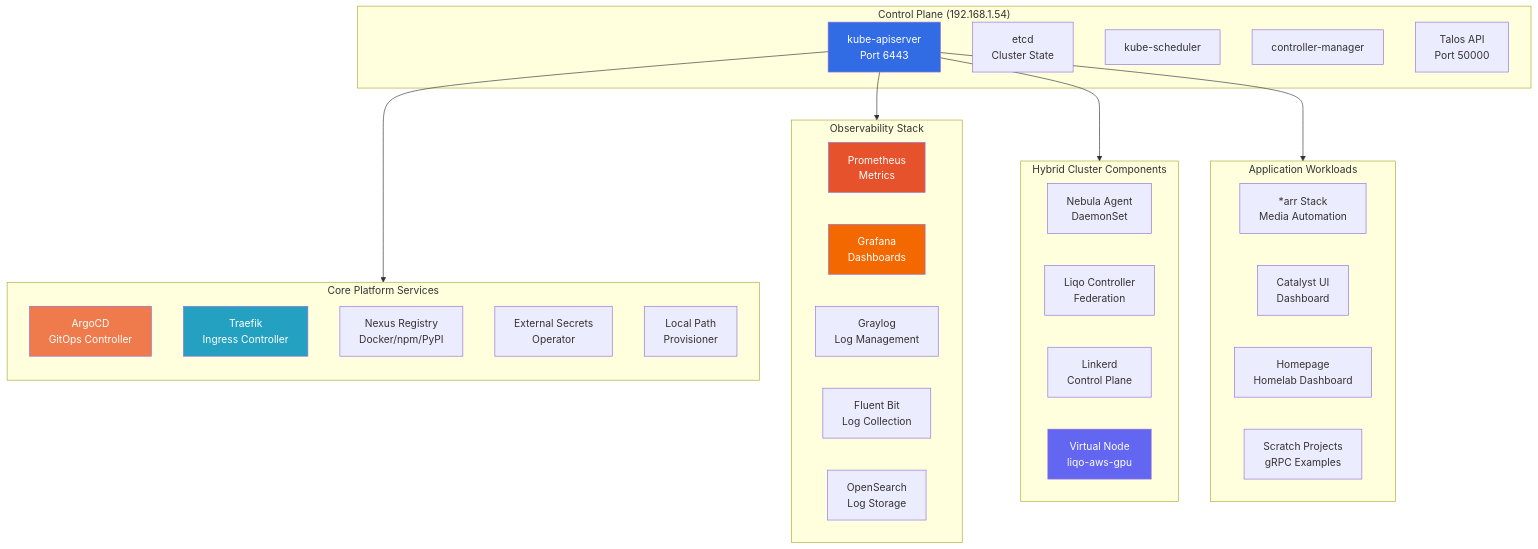
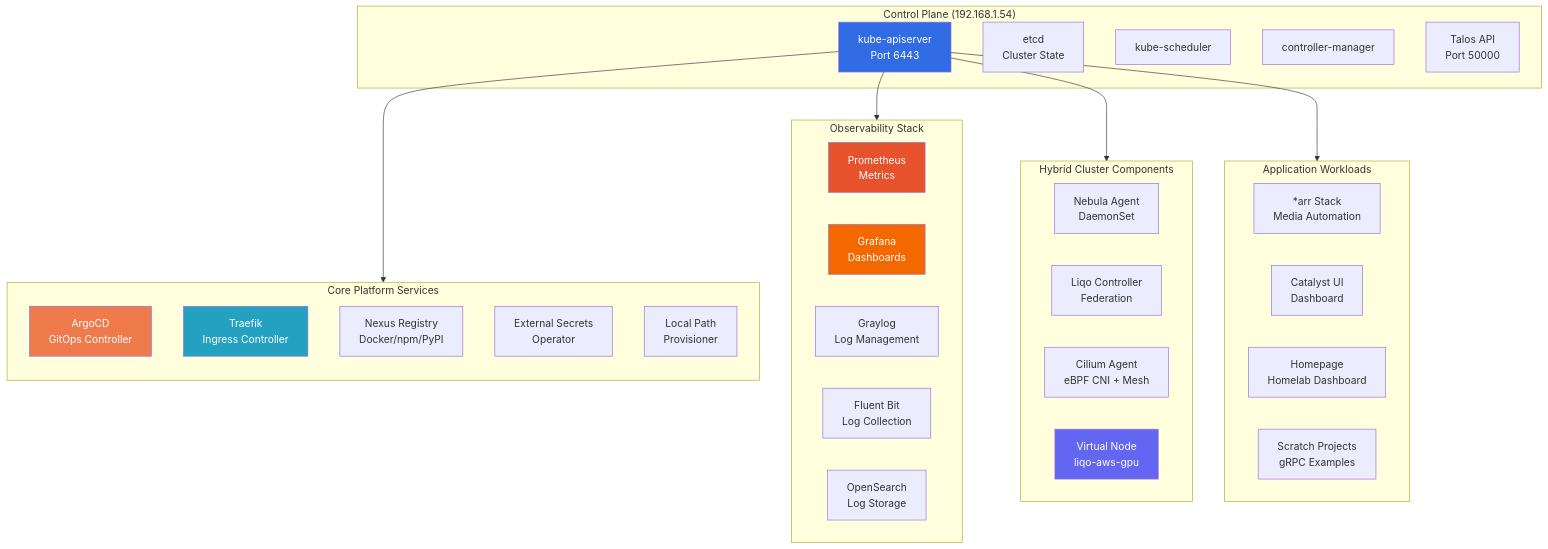
One commit to TheBranchDriftCatalyst/talos-homelab changed the fourth of 14 diagrams in docs/02-architecture/infrastructure-diagrams.md. Above: the diagram before and after it, drawn with Mermaid. The commit also changed other lines of this file and 4 other files, not shown here.

First line of the commit message:
docs: update diagrams and references for linkerd removal

````diff
--- a/docs/02-architecture/infrastructure-diagrams.md
+++ b/docs/02-architecture/infrastructure-diagrams.md
@@ -172,53 +168,53 @@
 ```mermaid
 flowchart TB
     subgraph ControlPlane["Control Plane (192.168.1.54)"]
         API[kube-apiserver<br/>Port 6443]
         ETCD[etcd<br/>Cluster State]
         Scheduler[kube-scheduler]
         Controller[controller-manager]
         Talos[Talos API<br/>Port 50000]
     end
 
     subgraph CoreServices["Core Platform Services"]
         direction TB
         ArgoCD[ArgoCD<br/>GitOps Controller]
         Traefik2[Traefik<br/>Ingress Controller]
         Registry[Nexus Registry<br/>Docker/npm/PyPI]
         ESO[External Secrets<br/>Operator]
         LocalPath[Local Path<br/>Provisioner]
     end
 
     subgraph Observability["Observability Stack"]
         Prometheus[Prometheus<br/>Metrics]
         Grafana[Grafana<br/>Dashboards]
         Graylog[Graylog<br/>Log Management]
         FluentBit[Fluent Bit<br/>Log Collection]
         OpenSearch[OpenSearch<br/>Log Storage]
     end
 
     subgraph HybridComponents["Hybrid Cluster Components"]
         NebulaAgent[Nebula Agent<br/>DaemonSet]
         LiqoCtrl[Liqo Controller<br/>Federation]
-        LinkerdCP[Linkerd<br/>Control Plane]
+        CiliumAgent[Cilium Agent<br/>eBPF CNI + Mesh]
         VirtualNode[Virtual Node<br/>liqo-aws-gpu]
     end
 
     subgraph Applications["Application Workloads"]
         ArrStack[*arr Stack<br/>Media Automation]
         CatalystUI[Catalyst UI<br/>Dashboard]
         Homepage[Homepage<br/>Homelab Dashboard]
         Scratch[Scratch Projects<br/>gRPC Examples]
     end
 
     API --> CoreServices
     API --> Observability
     API --> HybridComponents
     API --> Applications
 
     style API fill:#326CE5,color:#fff
     style ArgoCD fill:#EF7B4D,color:#fff
     style Traefik2 fill:#24a1c1,color:#fff
     style Prometheus fill:#E6522C,color:#fff
     style Grafana fill:#F46800,color:#fff
     style VirtualNode fill:#6366F1,color:#fff
 ```
````
